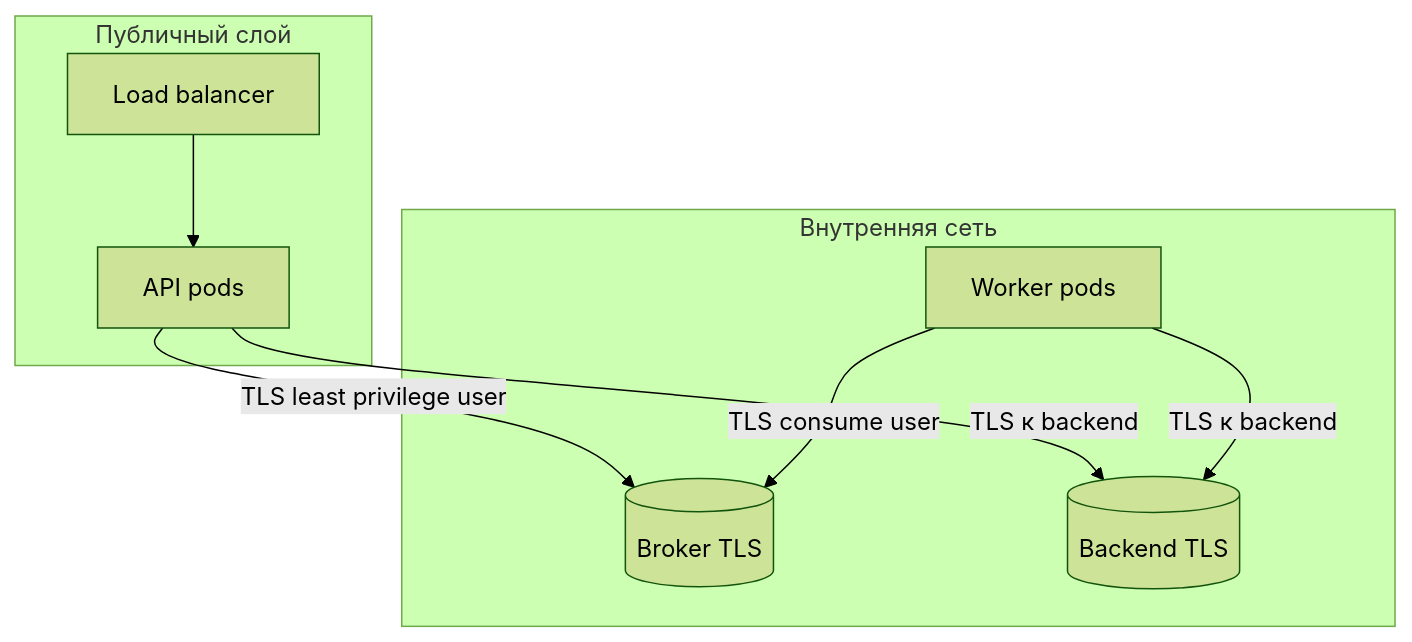
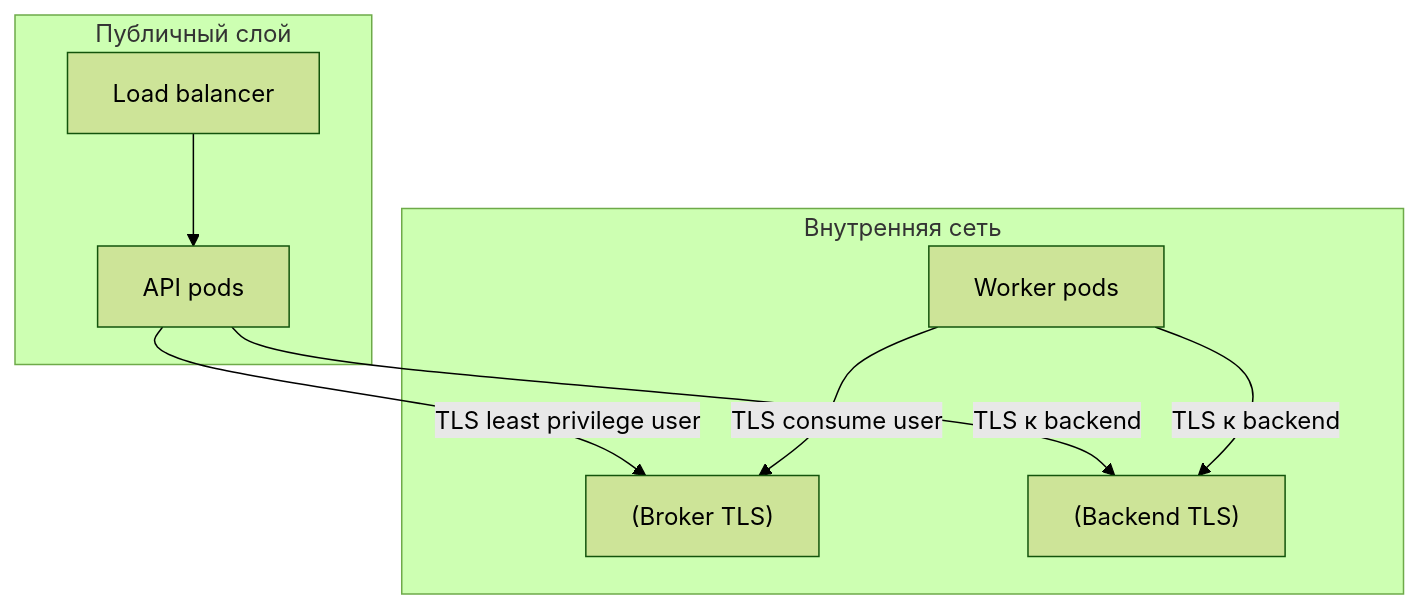
Before and after one commit to DDoSKudya/ai-study-atlas: the third of 4 diagrams in directions/services/celery/pact/17_bezopasnost_celery/12_17_17_3_setevoy_i_infrastrukturnyy_kontur.md, drawn with Mermaid (forest theme). The commit also changed other lines of this file and 322 other files, not shown here.

Commit message:
fix(docs): make mermaid diagrams GitHub-compatible across directions content

````diff
--- a/directions/services/celery/pact/17_bezopasnost_celery/12_17_17_3_setevoy_i_infrastrukturnyy_kontur.md
+++ b/directions/services/celery/pact/17_bezopasnost_celery/12_17_17_3_setevoy_i_infrastrukturnyy_kontur.md
@@ -253,17 +253,17 @@
 ```mermaid
 flowchart TB
   subgraph dmz["Публичный слой"]
-    LB[Load balancer]
-    API[API pods]
+    LB["Load balancer"]
+    API["API pods"]
   end
   subgraph internal["Внутренняя сеть"]
-    BR[(Broker TLS)]
-    RB[(Backend TLS)]
-    WK[Worker pods]
+    BR["(Broker TLS)"]
+    RB["(Backend TLS)"]
+    WK["Worker pods"]
   end
   LB --> API
   API -->|TLS least privilege user| BR
   WK -->|TLS consume user| BR
   API -->|TLS к backend| RB
   WK -->|TLS к backend| RB
 ```
````
